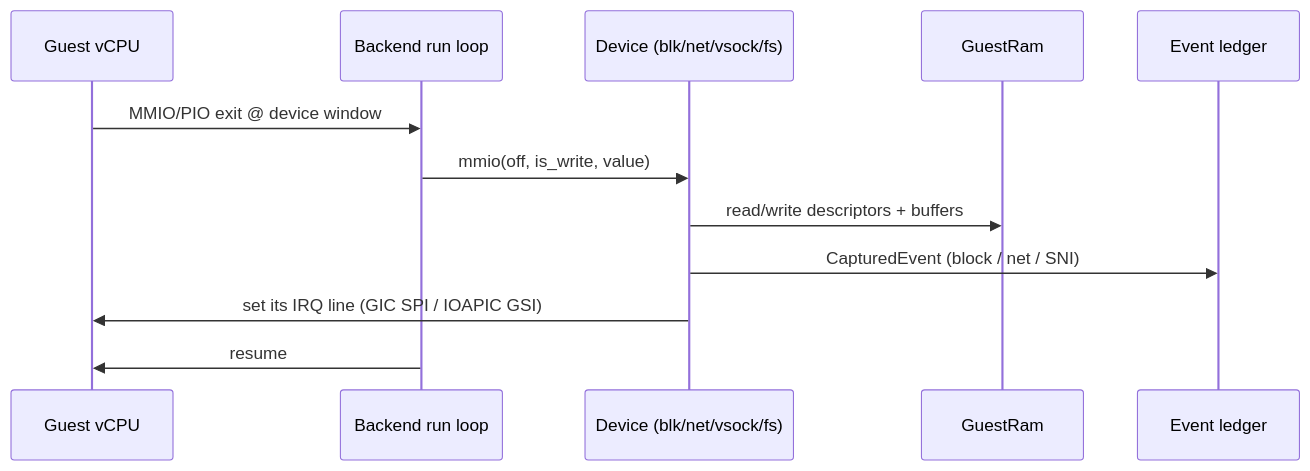
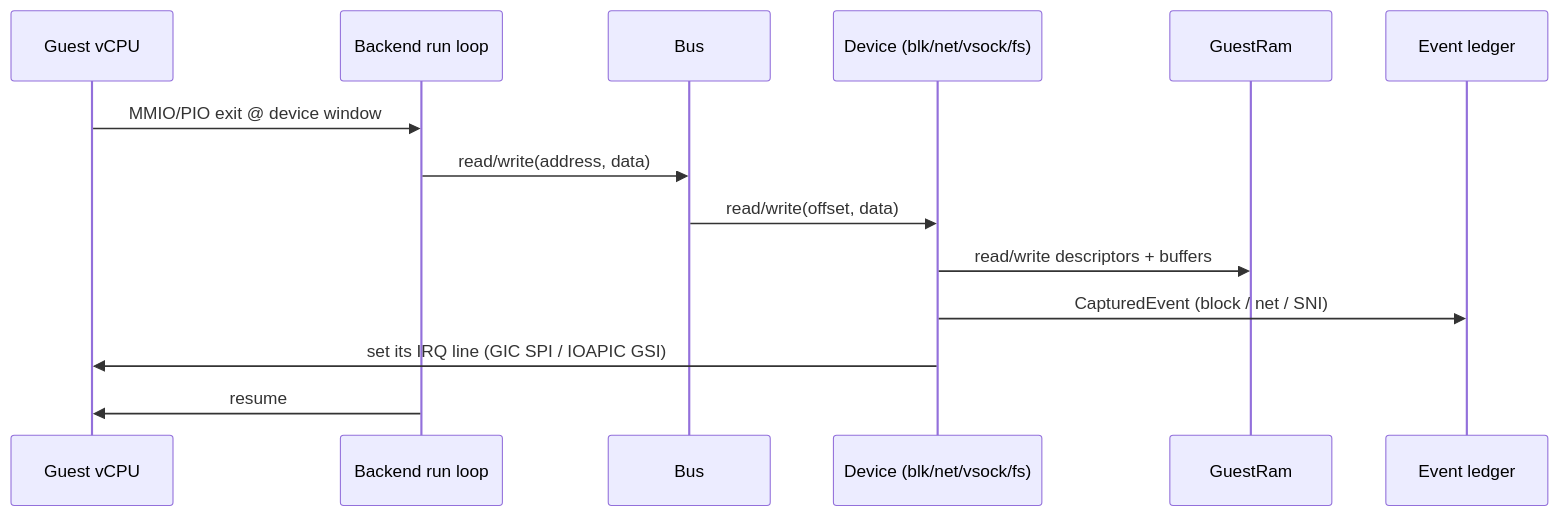
One commit to brig-sh/hvi-vmm changed the fourth of 4 diagrams in docs/architecture.md. Above: the diagram before and after it, drawn with Mermaid. The commit also changed other lines of this file and 17 other files, not shown here.

````diff
--- a/docs/architecture.md
+++ b/docs/architecture.md
@@ -335,14 +335,16 @@
 ```mermaid
 sequenceDiagram
     participant G as Guest vCPU
     participant B as Backend run loop
+    participant R as Bus
     participant D as Device (blk/net/vsock/fs)
     participant M as GuestRam
     participant L as Event ledger
     G->>B: MMIO/PIO exit @ device window
-    B->>D: mmio(off, is_write, value)
+    B->>R: read/write(address, data)
+    R->>D: read/write(offset, data)
     D->>M: read/write descriptors + buffers
     D->>L: CapturedEvent (block / net / SNI)
     D->>G: set its IRQ line (GIC SPI / IOAPIC GSI)
     B->>G: resume
 ```
````
